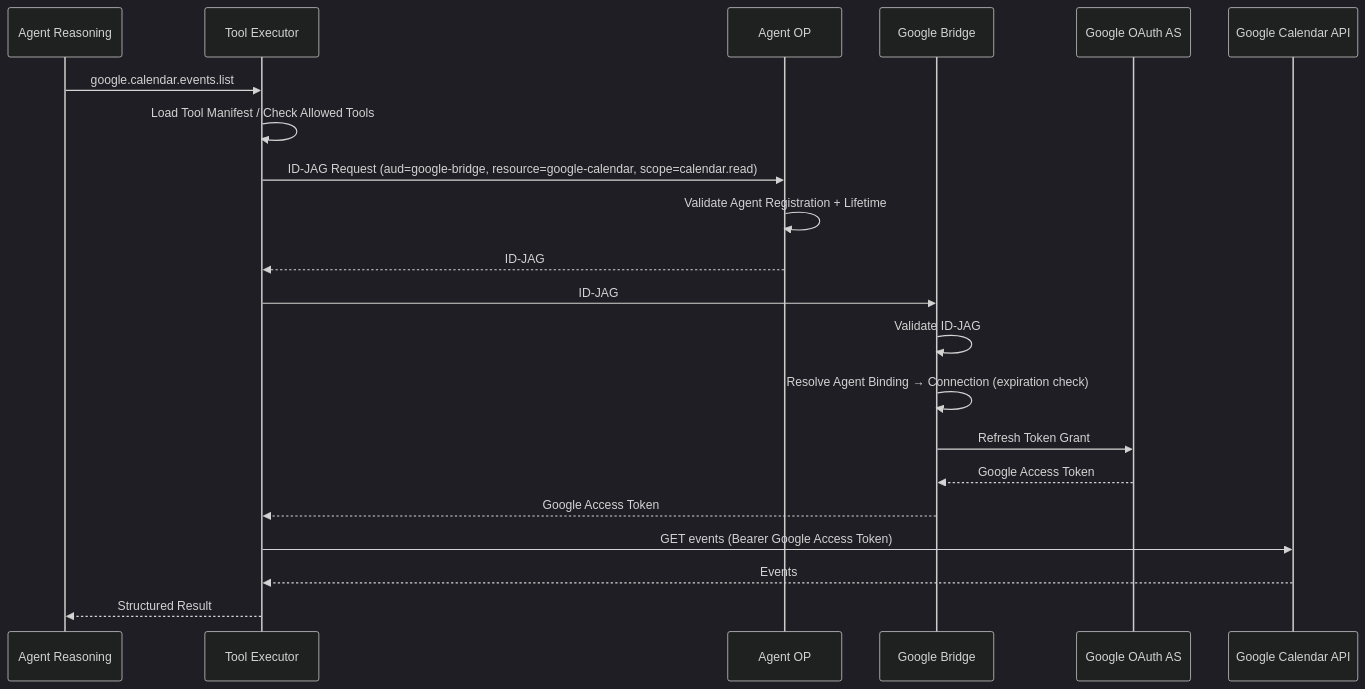
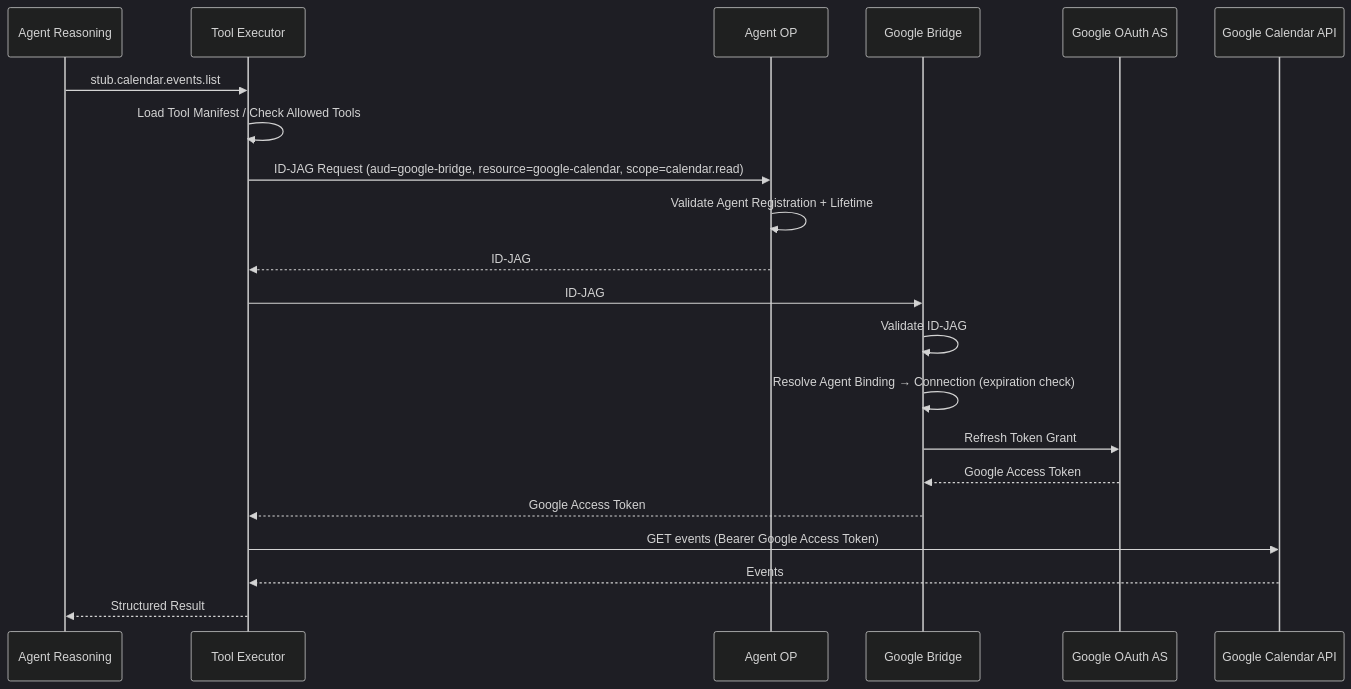
One commit to maronnjapan/agent-xaa-platform changed the first of 2 diagrams in docs/06-oauth-bridge.md. Above: the diagram before and after it, drawn with Mermaid (dark theme). The commit also changed 27 other files, not shown here.

````diff
--- a/docs/06-oauth-bridge.md
+++ b/docs/06-oauth-bridge.md
@@ -67,24 +67,24 @@
 ```mermaid
 sequenceDiagram
     participant AI as Agent Reasoning
     participant TOOL as Tool Executor
     participant OP as Agent OP
     participant GB as Google Bridge
     participant GO as Google OAuth AS
     participant CAL as Google Calendar API
 
-    AI->>TOOL: google.calendar.events.list
+    AI->>TOOL: stub.calendar.events.list
     TOOL->>TOOL: Load Tool Manifest / Check Allowed Tools
     TOOL->>OP: ID-JAG Request (aud=google-bridge, resource=google-calendar, scope=calendar.read)
     OP->>OP: Validate Agent Registration + Lifetime
     OP-->>TOOL: ID-JAG
     TOOL->>GB: ID-JAG
     GB->>GB: Validate ID-JAG
     GB->>GB: Resolve Agent Binding → Connection (expiration check)
     GB->>GO: Refresh Token Grant
     GO-->>GB: Google Access Token
     GB-->>TOOL: Google Access Token
     TOOL->>CAL: GET events (Bearer Google Access Token)
     CAL-->>TOOL: Events
     TOOL-->>AI: Structured Result
 ```
````
